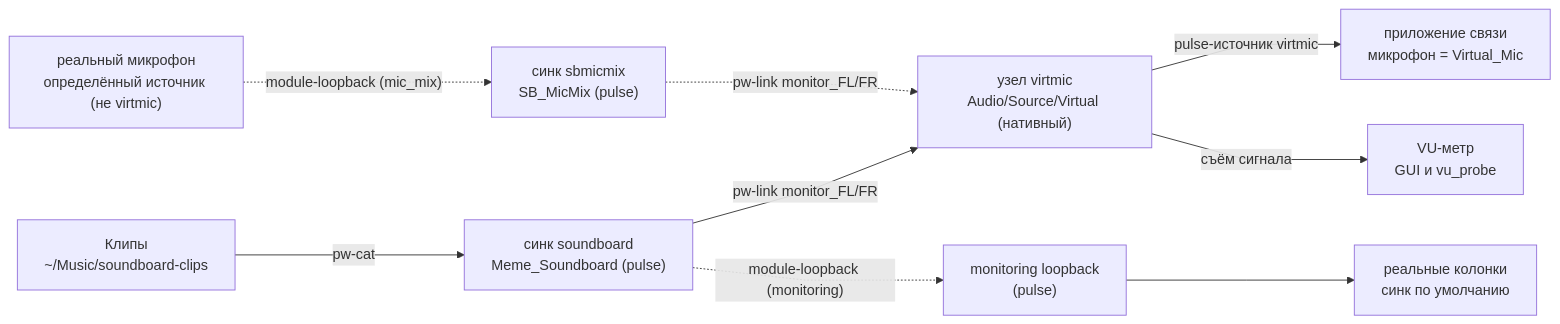
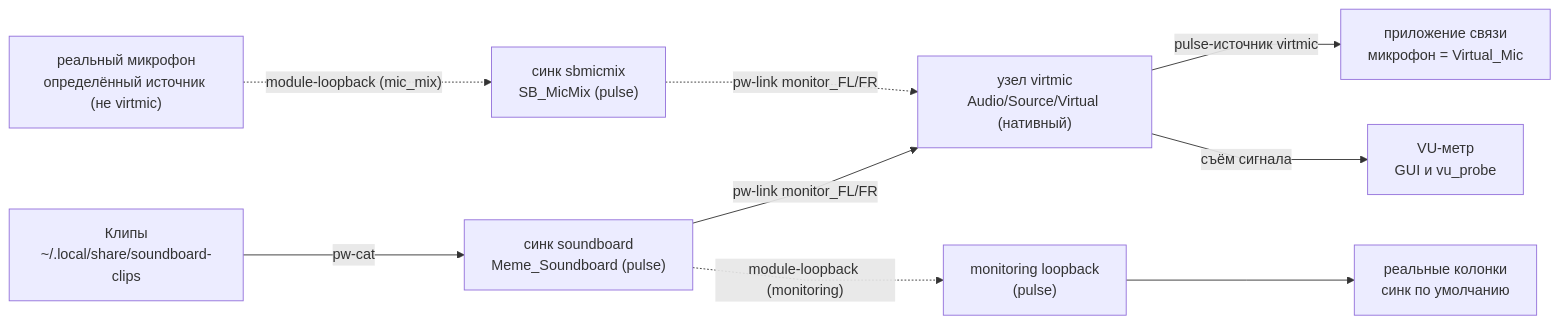
One commit to wsgoggway/soundboard changed the diagram in README.md. Above: the diagram before and after it, drawn with Mermaid. The commit also changed other lines of this file and 3 other files, not shown here.

Commit message:
feat: move default clips dir to XDG data (~/.local/share/soundboard-clips)

````diff
--- a/README.md
+++ b/README.md
@@ -35,22 +35,22 @@
 ```mermaid
 %%{init: {'flowchart': {'curve': 'linear'}}}%%
 flowchart LR
-    CLIPS["Клипы<br/>~/Music/soundboard-clips"]
+    CLIPS["Клипы<br/>~/.local/share/soundboard-clips"]
     SB["синк soundboard<br/>Meme_Soundboard (pulse)"]
     MIC["реальный микрофон<br/>определённый источник (не virtmic)"]
     SBM["синк sbmicmix<br/>SB_MicMix (pulse)"]
     VM["узел virtmic<br/>Audio/Source/Virtual (нативный)"]
     RS["реальные колонки<br/>синк по умолчанию"]
     LB["monitoring loopback<br/>(pulse)"]
     CONF["приложение связи<br/>микрофон = Virtual_Mic"]
     VU["VU-метр<br/>GUI и vu_probe"]
 
     CLIPS -->|"pw-cat"| SB
     SB -->|"pw-link monitor_FL/FR"| VM
     MIC -.->|"module-loopback (mic_mix)"| SBM
     SBM -.->|"pw-link monitor_FL/FR"| VM
     SB -.->|"module-loopback (monitoring)"| LB
     LB --> RS
     VM -->|"pulse-источник virtmic"| CONF
     VM -->|"съём сигнала"| VU
 ```
````
